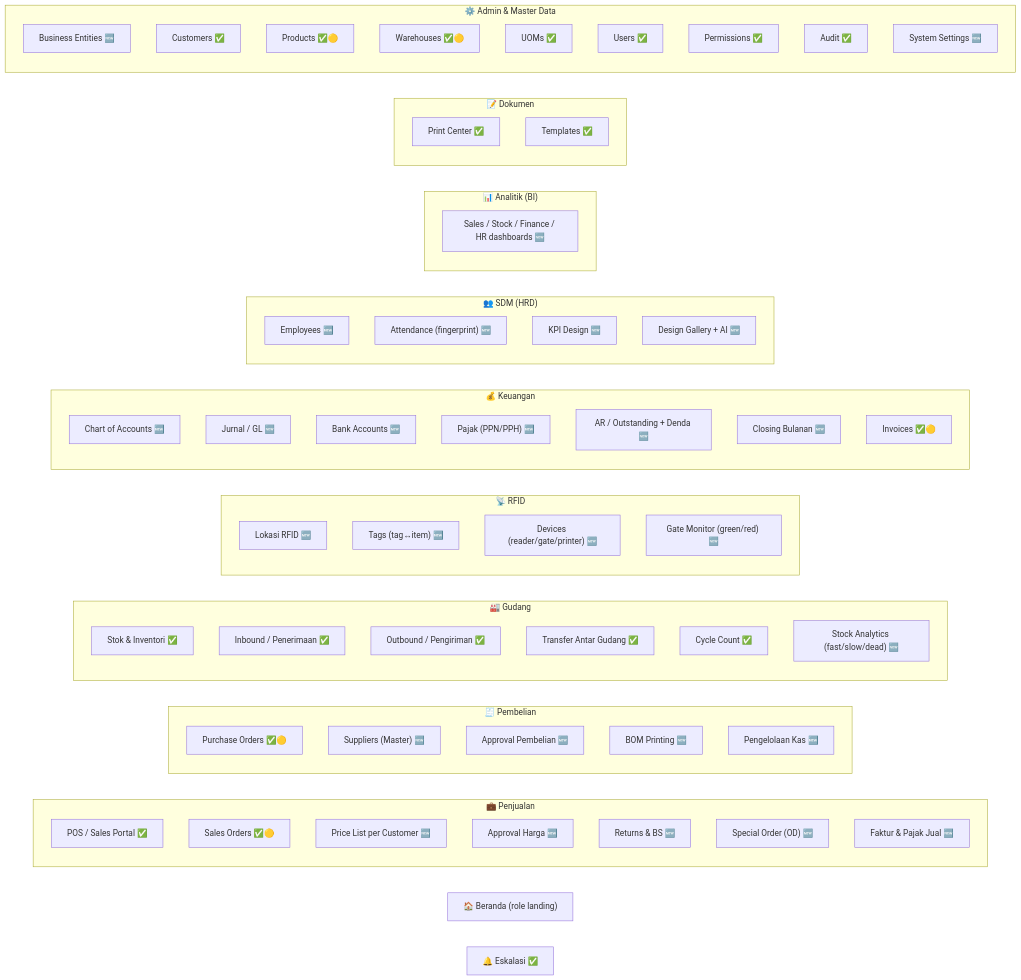
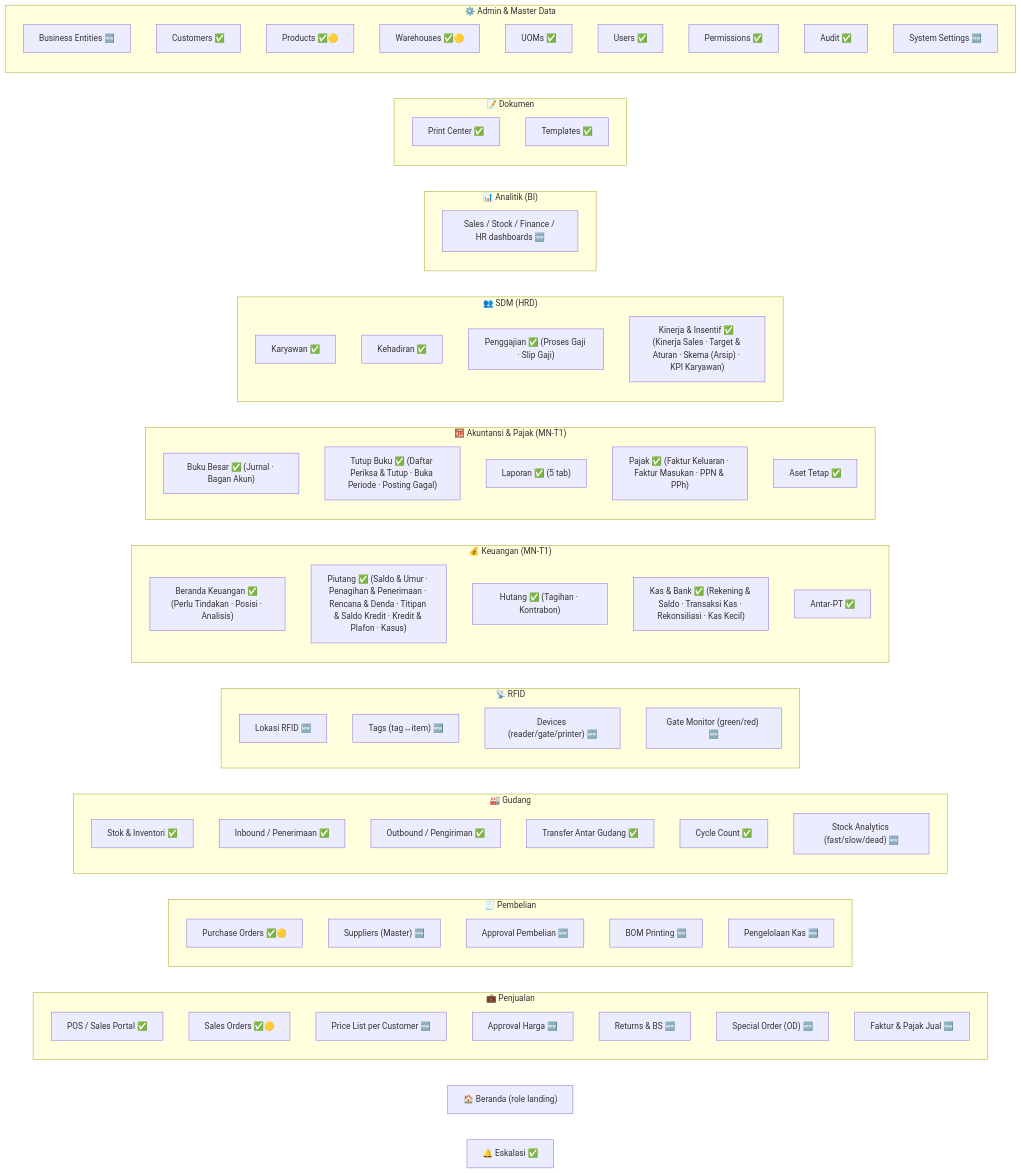
The third of 6 diagrams in docs/KN_14_INFORMATION_ARCHITECTURE.md (pandeyoga/KNHOST), drawn with Mermaid before and after one commit. The commit also changed other lines of this file and 44 other files, not shown here.

```diff
--- a/docs/KN_14_INFORMATION_ARCHITECTURE.md
+++ b/docs/KN_14_INFORMATION_ARCHITECTURE.md
@@ -177,21 +177,27 @@
         R4["Gate Monitor (green/red) 🆕"]
     end
 
-    subgraph G6["💰 Keuangan"]
-        F1["Chart of Accounts 🆕"]
-        F2["Jurnal / GL 🆕"]
-        F3["Bank Accounts 🆕"]
-        F4["Pajak (PPN/PPH) 🆕"]
-        F5["AR / Outstanding + Denda 🆕"]
-        F6["Closing Bulanan 🆕"]
-        F7["Invoices ✅🟡"]
+    subgraph G6["💰 Keuangan (MN-T1)"]
+        F1["Beranda Keuangan ✅ (Perlu Tindakan · Posisi · Analisis)"]
+        F2["Piutang ✅ (Saldo & Umur · Penagihan & Penerimaan · Rencana & Denda · Titipan & Saldo Kredit · Kredit & Plafon · Kasus)"]
+        F3["Hutang ✅ (Tagihan · Kontrabon)"]
+        F4["Kas & Bank ✅ (Rekening & Saldo · Transaksi Kas · Rekonsiliasi · Kas Kecil)"]
+        F5["Antar-PT ✅"]
+    end
+
+    subgraph G6b["🧮 Akuntansi & Pajak (MN-T1)"]
+        F6["Buku Besar ✅ (Jurnal · Bagan Akun)"]
+        F7["Tutup Buku ✅ (Daftar Periksa & Tutup · Buka Periode · Posting Gagal)"]
+        F8["Laporan ✅ (5 tab)"]
+        F9["Pajak ✅ (Faktur Keluaran · Faktur Masukan · PPN & PPh)"]
+        F10["Aset Tetap ✅"]
     end
 
     subgraph G7["👥 SDM (HRD)"]
-        H1["Employees 🆕"]
-        H2["Attendance (fingerprint) 🆕"]
-        H3["KPI Design 🆕"]
-        H4["Design Gallery + AI 🆕"]
+        H1["Karyawan ✅"]
+        H2["Kehadiran ✅"]
+        H3["Penggajian ✅ (Proses Gaji · Slip Gaji)"]
+        H4["Kinerja & Insentif ✅ (Kinerja Sales · Target & Aturan · Skema (Arsip) · KPI Karyawan)"]
     end
 
     subgraph G8["📊 Analitik (BI)"]
```
